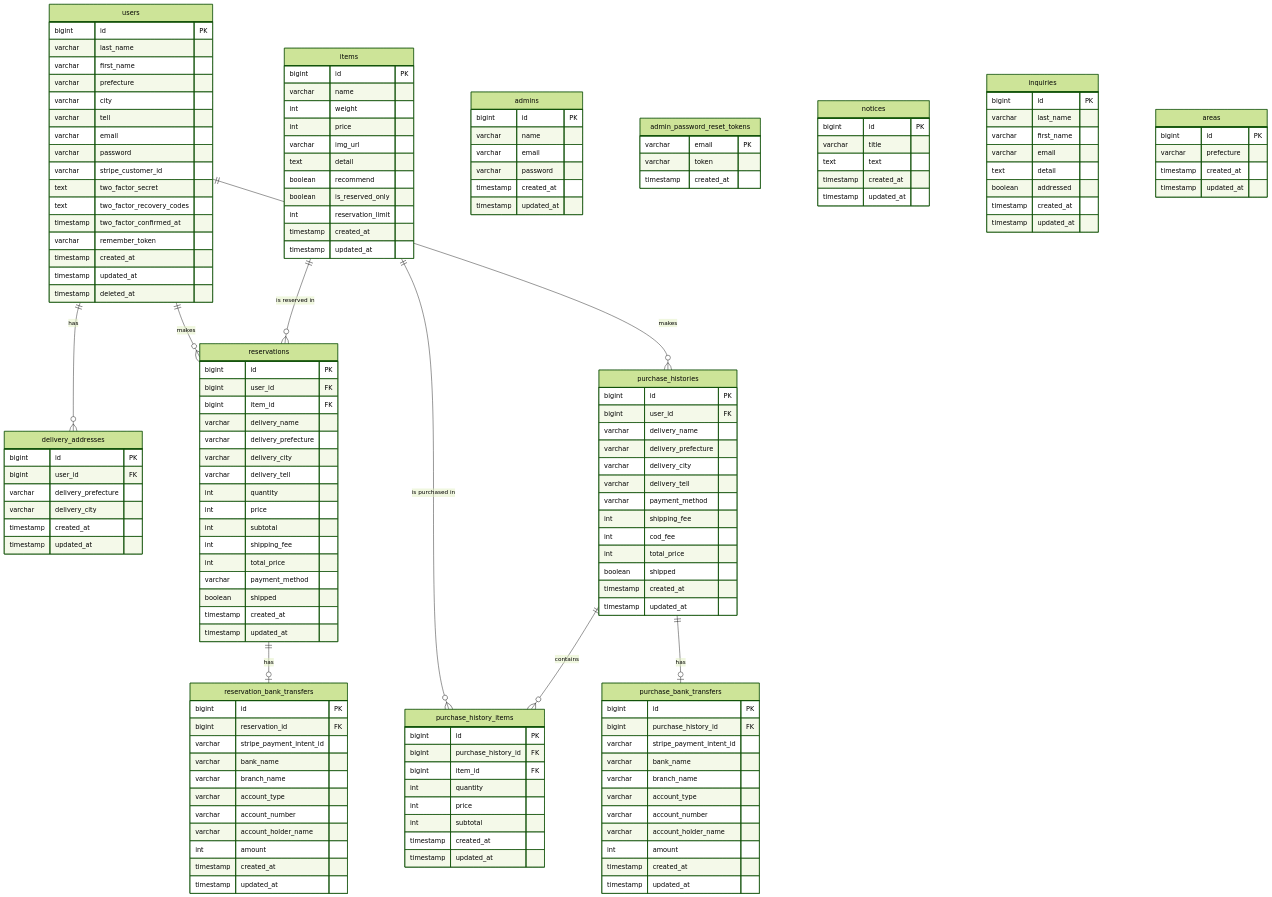
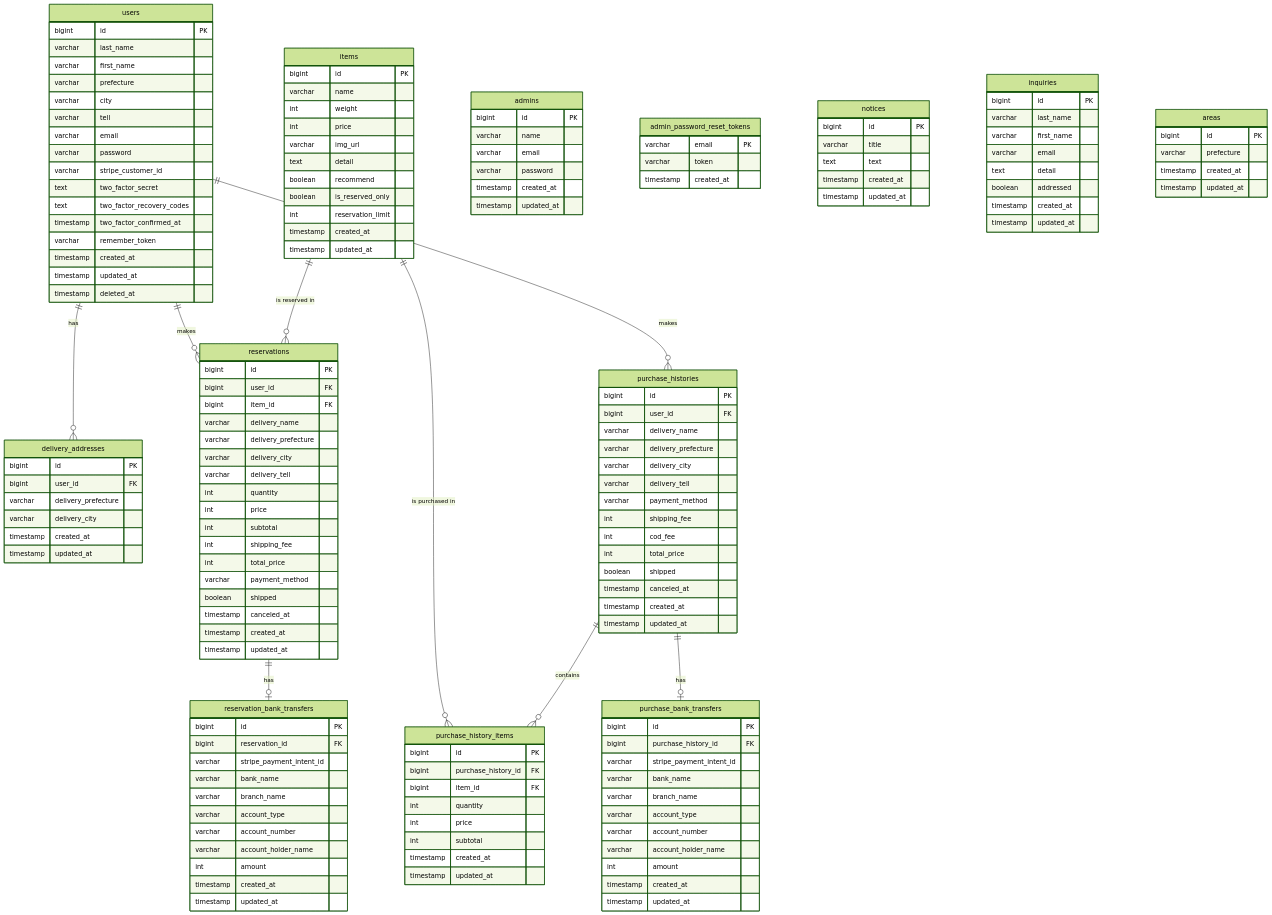
Before and after one commit to basstuba/shioyafarm: the diagram in docs/06-er-diagram.md, drawn with Mermaid (forest theme). The commit also changed 165 other files, not shown here.

```diff
--- a/docs/06-er-diagram.md
+++ b/docs/06-er-diagram.md
@@ -68,6 +68,7 @@
         int total_price
         varchar payment_method
         boolean shipped
+        timestamp canceled_at
         timestamp created_at
         timestamp updated_at
     }
@@ -98,6 +99,7 @@
         int cod_fee
         int total_price
         boolean shipped
+        timestamp canceled_at
         timestamp created_at
         timestamp updated_at
     }
```
